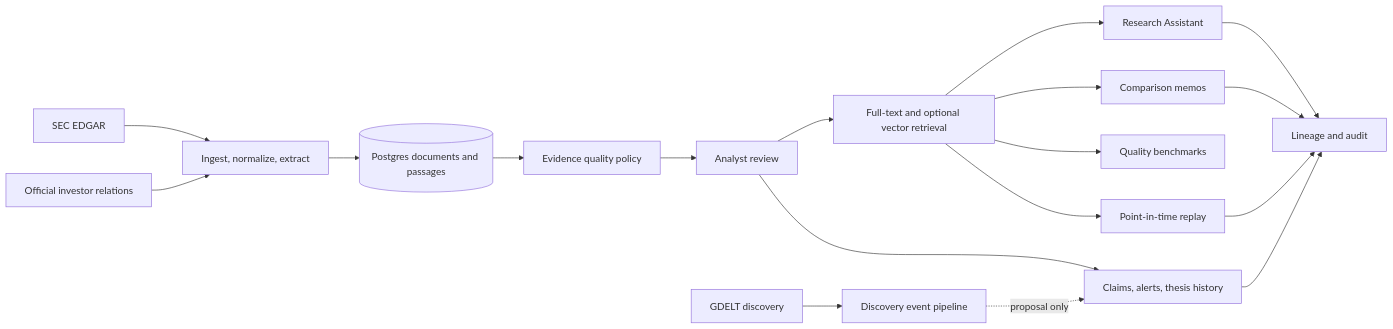
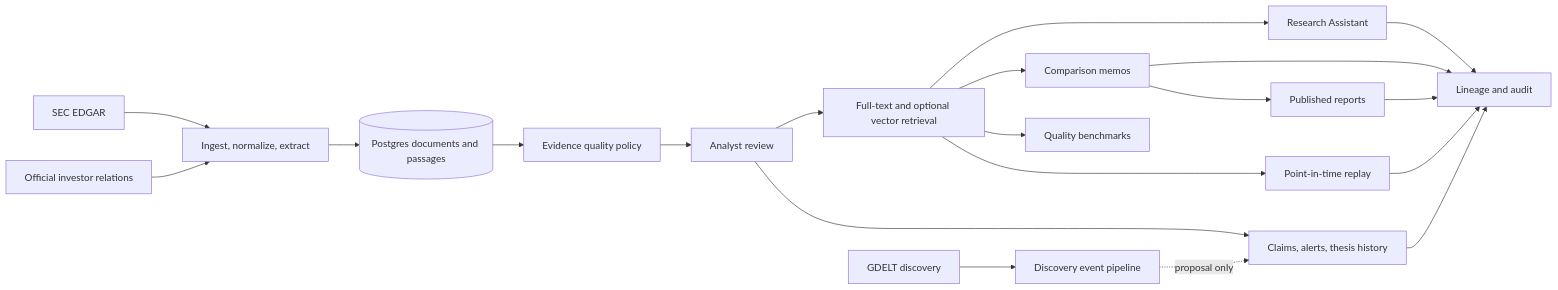
Before and after one commit to timwong101/ai-infra-terminal: the first of 2 diagrams in README.md, drawn with Mermaid. The commit also changed other lines of this file and 17 other files, not shown here.

````diff
--- a/README.md
+++ b/README.md
@@ -62,24 +63,26 @@
 ```mermaid
 flowchart LR
     SEC["SEC EDGAR"] --> INGEST["Ingest, normalize, extract"]
     IR["Official investor relations"] --> INGEST
     GDELT["GDELT discovery"] --> EVENTS["Discovery event pipeline"]
 
     INGEST --> DOCS[("Postgres documents and passages")]
     DOCS --> QUALITY["Evidence quality policy"]
     QUALITY --> REVIEW["Analyst review"]
     REVIEW --> SEARCH["Full-text and optional vector retrieval"]
 
     SEARCH --> ASK["Research Assistant"]
     SEARCH --> MEMO["Comparison memos"]
+    MEMO --> REPORT["Published reports"]
     SEARCH --> BENCH["Quality benchmarks"]
     SEARCH --> REPLAY["Point-in-time replay"]
 
     REVIEW --> THESES["Claims, alerts, thesis history"]
     EVENTS -. "proposal only" .-> THESES
 
     ASK --> LINEAGE["Lineage and audit"]
     MEMO --> LINEAGE
+    REPORT --> LINEAGE
     REPLAY --> LINEAGE
     THESES --> LINEAGE
 ```
````
